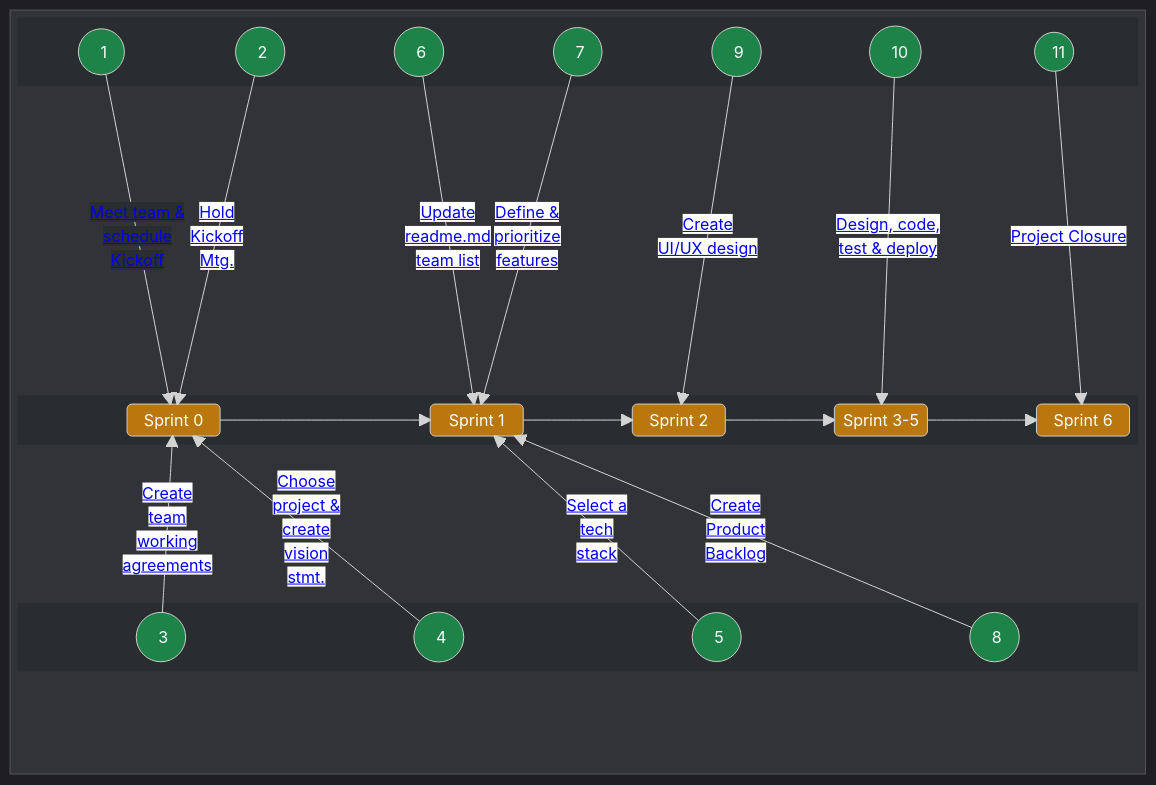
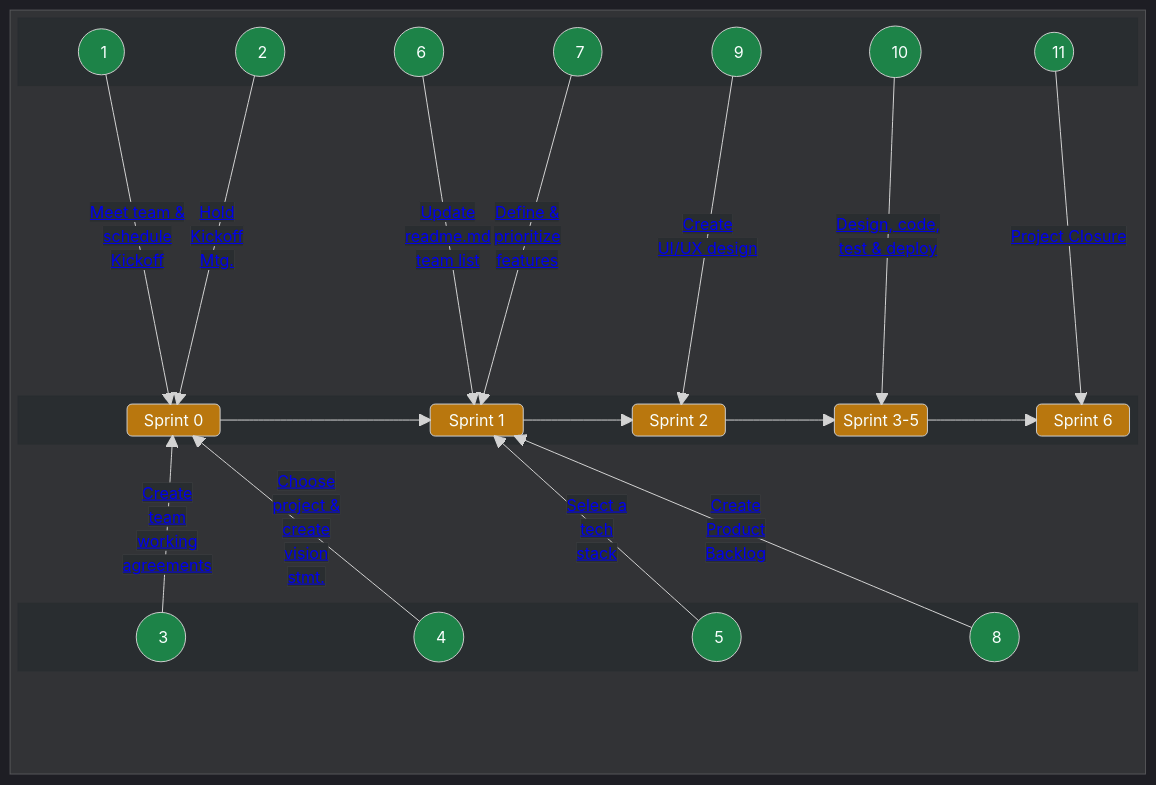
Before and after one commit to chingu-voyages/Handbook: the first of 2 diagrams in docs/guides/voyage/voyage.md, drawn with Mermaid.

Commit message:
Feature: Update sprint diagram task ordering

```diff
--- a/docs/guides/voyage/voyage.md
+++ b/docs/guides/voyage/voyage.md
@@ -109,16 +109,16 @@
       space
 
       A1 -- "<a style="background-color:#292d30" href="https://github.com/chingu-voyages/Handbook/blob/main/docs/guides/voyage/voyage.md#1-meet-your-team--schedule-kickoff-meeting-">Meet team &</br>schedule</br>Kickoff</a>" --> SPRINT0
-      A2 -- "<a style="background-color: white" href="https://github.com/chingu-voyages/Handbook/blob/main/docs/guides/voyage/voyage.md#2-conduct-kickoff-meeting-">Hold</br>Kickoff</br>Mtg.</a>" --> SPRINT0
-      A3 -- "<a style="background-color: white" href="https://github.com/chingu-voyages/Handbook/blob/main/docs/guides/voyage/voyage.md#3-setup-your-teams-working-agreements-">Create</br>team</br>working</br>agreements</a>" --> SPRINT0
-      A4 -- "<a style="background-color: white" href="https://github.com/chingu-voyages/Handbook/blob/main/docs/guides/voyage/voyage.md#4-choose-a-project--create-a-vision-statement-">Choose</br>project &</br>create</br>vision</br>stmt.</a>" --> SPRINT0
-      A5 -- "<a style="background-color: white" href="https://github.com/chingu-voyages/Handbook/blob/main/docs/guides/voyage/voyage.md#5-select-a-tech-stack">Select a</br>tech</br>stack</a>" --> SPRINT1
-      A6 -- "<a style="background-color: white" href="https://github.com/chingu-voyages/Handbook/blob/main/docs/guides/voyage/voyage.md#6-add-your-info-to-the-team-list-in-your-readmemd-%EF%B8%8F">Update</br>readme.md</br>team list<a/>" --> SPRINT1
-      A7 -- "<a style="background-color: white" href="https://github.com/chingu-voyages/Handbook/blob/main/docs/guides/voyage/voyage.md#7-define--prioritize-mvp-features-">Define &</br>prioritize</br>features</a>" --> SPRINT1
-      A8 -- "<a style="background-color: white" href="https://github.com/chingu-voyages/Handbook/blob/main/docs/guides/voyage/voyage.md#8-setup-product-backlog-">Create</br>Product</br>Backlog</a>" --> SPRINT1
-      A9 -- "<a style="background-color: white" href="https://github.com/chingu-voyages/Handbook/blob/main/docs/guides/voyage/voyage.md#9-create-a-low-fidelity-wireframe-%EF%B8%8F">Create</br>UI/UX design</a>" --> SPRINT2
-      A10 -- "<a style="background-color: white" href="https://github.com/chingu-voyages/Handbook/blob/main/docs/guides/voyage/voyage.md#10-sprint-3-5---reaching-your-mvp-">Design, code,</br>test & deploy</a>" --> SPRINTS35
-      A11 -- "<a style="background-color: white" href="https://github.com/chingu-voyages/Handbook/blob/main/docs/guides/voyage/voyage.md#11-sprint-3-5---reaching-your-mvp-">Project Closure</a>" --> SPRINT6
+      A2 -- "<a style="background-color:#292d30" href="https://github.com/chingu-voyages/Handbook/blob/main/docs/guides/voyage/voyage.md#2-conduct-kickoff-meeting-">Hold</br>Kickoff</br>Mtg.</a>" --> SPRINT0
+      A3 -- "<a style="background-color:#292d30" href="https://github.com/chingu-voyages/Handbook/blob/main/docs/guides/voyage/voyage.md#3-setup-your-teams-working-agreements-">Create</br>team</br>working</br>agreements</a>" --> SPRINT0
+      A4 -- "<a style="background-color:#292d30" href="https://github.com/chingu-voyages/Handbook/blob/main/docs/guides/voyage/voyage.md#4-choose-a-project--create-a-vision-statement-">Choose</br>project &</br>create</br>vision</br>stmt.</a>" --> SPRINT0
+      A5 -- "<a style="background-color:#292d30" href="https://github.com/chingu-voyages/Handbook/blob/main/docs/guides/voyage/voyage.md#5-select-a-tech-stack">Select a</br>tech</br>stack</a>" --> SPRINT1
+      A6 -- "<a style="background-color:#292d30" href="https://github.com/chingu-voyages/Handbook/blob/main/docs/guides/voyage/voyage.md#6-add-your-info-to-the-team-list-in-your-readmemd-%EF%B8%8F">Update</br>readme.md</br>team list<a/>" --> SPRINT1
+      A7 -- "<a style="background-color:#292d30" href="https://github.com/chingu-voyages/Handbook/blob/main/docs/guides/voyage/voyage.md#7-define--prioritize-mvp-features-">Define &</br>prioritize</br>features</a>" --> SPRINT1
+      A8 -- "<a style="background-color:#292d30" href="https://github.com/chingu-voyages/Handbook/blob/main/docs/guides/voyage/voyage.md#8-setup-product-backlog-">Create</br>Product</br>Backlog</a>" --> SPRINT1
+      A9 -- "<a style="background-color:#292d30" href="https://github.com/chingu-voyages/Handbook/blob/main/docs/guides/voyage/voyage.md#9-create-a-low-fidelity-wireframe-%EF%B8%8F">Create</br>UI/UX design</a>" --> SPRINT2
+      A10 -- "<a style="background-color:#292d30" href="https://github.com/chingu-voyages/Handbook/blob/main/docs/guides/voyage/voyage.md#10-sprint-3-5---reaching-your-mvp-">Design, code,</br>test & deploy</a>" --> SPRINTS35
+      A11 -- "<a style="background-color:#292d30" href="https://github.com/chingu-voyages/Handbook/blob/main/docs/guides/voyage/voyage.md#11-sprint-3-5---reaching-your-mvp-">Project Closure</a>" --> SPRINT6
     end
 
     SPRINT0 --> SPRINT1
```
